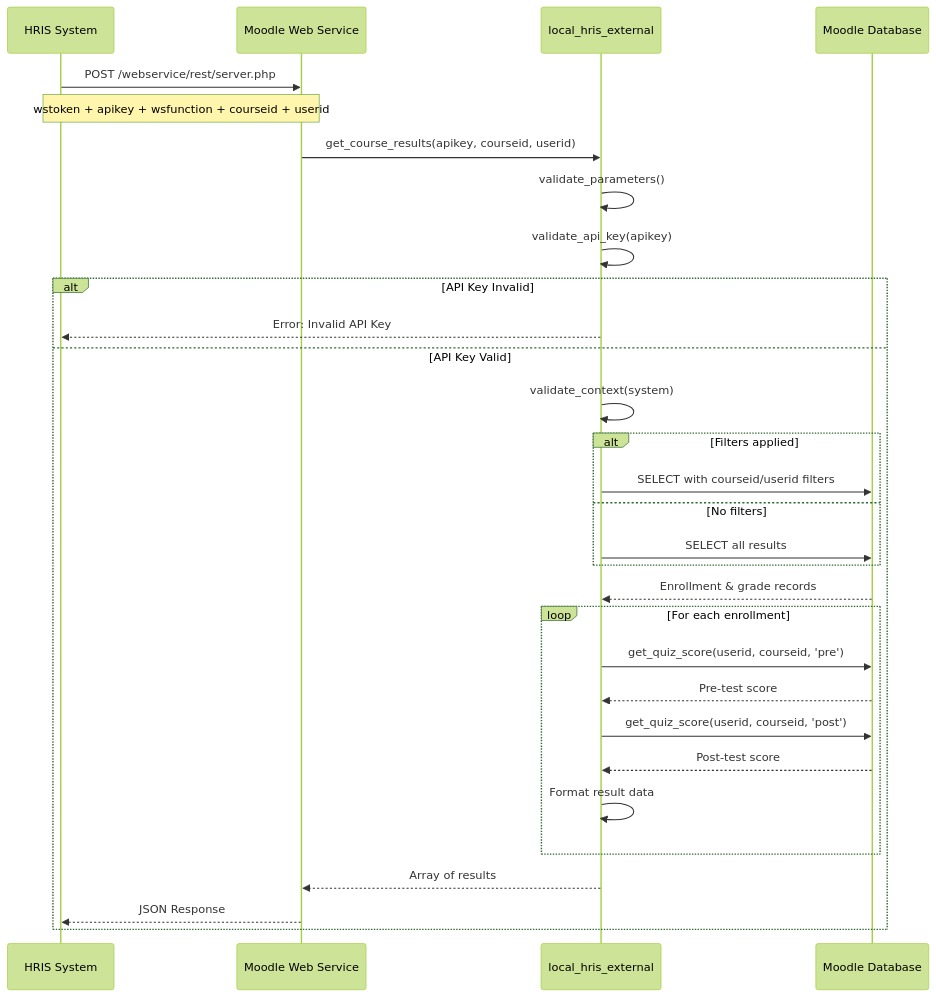
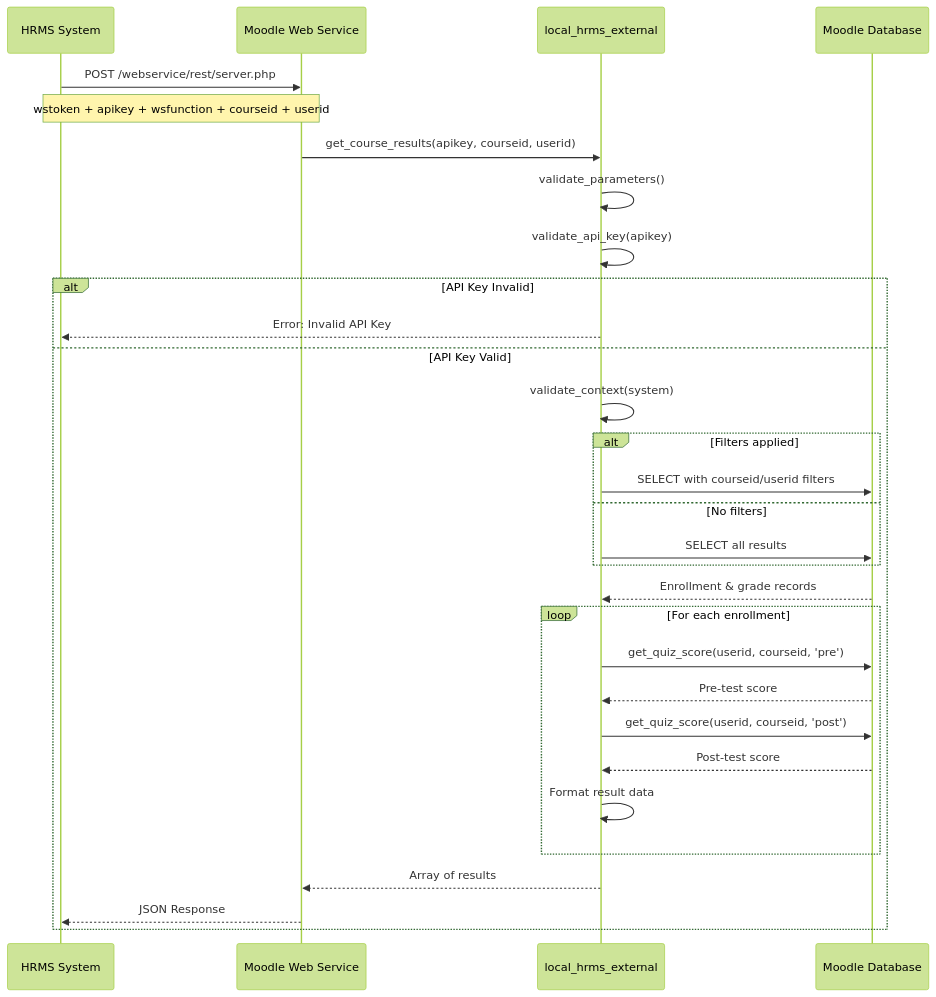
One commit to toosa/moodle-hrms changed the sixth of 15 diagrams in DIAGRAMS.md. Above: the diagram before and after it, drawn with Mermaid (forest theme). The commit also changed other lines of this file and 18 other files, not shown here.

First line of the commit message:
Refactor HRIS Integration to HRMS Integration

````diff
--- a/DIAGRAMS.md
+++ b/DIAGRAMS.md
@@ -207,42 +207,42 @@
 ```mermaid
 sequenceDiagram
-    participant HRIS as HRIS System
+    participant HRMS as HRMS System
     participant WS as Moodle Web Service
-    participant API as local_hris_external
+    participant API as local_hrms_external
     participant DB as Moodle Database
     
-    HRIS->>WS: POST /webservice/rest/server.php
-    Note over HRIS,WS: wstoken + apikey + wsfunction + courseid + userid
+    HRMS->>WS: POST /webservice/rest/server.php
+    Note over HRMS,WS: wstoken + apikey + wsfunction + courseid + userid
     
     WS->>API: get_course_results(apikey, courseid, userid)
     
     API->>API: validate_parameters()
     API->>API: validate_api_key(apikey)
     
     alt API Key Invalid
-        API-->>HRIS: Error: Invalid API Key
+        API-->>HRMS: Error: Invalid API Key
     else API Key Valid
         API->>API: validate_context(system)
         
         alt Filters applied
             API->>DB: SELECT with courseid/userid filters
         else No filters
             API->>DB: SELECT all results
         end
         
         DB-->>API: Enrollment & grade records
         
         loop For each enrollment
             API->>DB: get_quiz_score(userid, courseid, 'pre')
             DB-->>API: Pre-test score
             
             API->>DB: get_quiz_score(userid, courseid, 'post')
             DB-->>API: Post-test score
             
             API->>API: Format result data
         end
         
         API-->>WS: Array of results
-        WS-->>HRIS: JSON Response
+        WS-->>HRMS: JSON Response
     end
 ```
````
